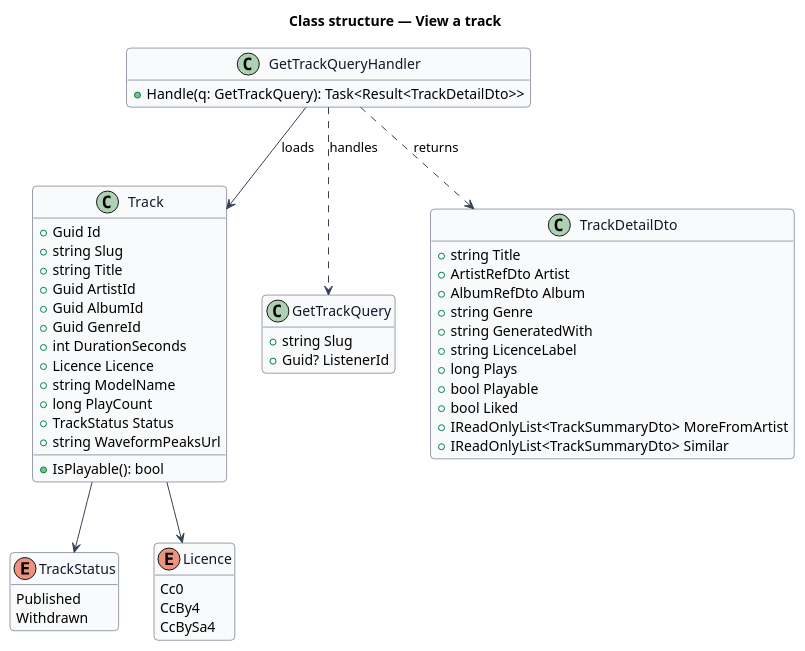
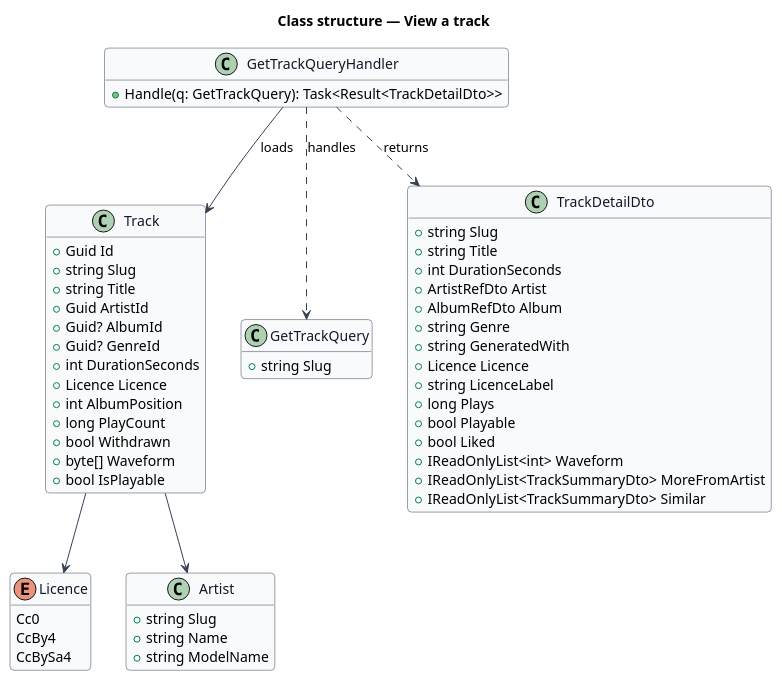
Before and after one commit to QuinntyneBrown/hummi: the diagram in docs/detailed-designs/catalogue/view-track/diagrams/class-structure.puml, drawn with PlantUML. The commit also changed 119 other files, not shown here.

First line of the commit message:
Explore catalogue pages: track, artist, album, licence and Not found

```diff
--- a/docs/detailed-designs/catalogue/view-track/diagrams/class-structure.puml
+++ b/docs/detailed-designs/catalogue/view-track/diagrams/class-structure.puml
@@ -1,65 +1,69 @@
 @startuml
 skinparam backgroundColor #FFFFFF
 skinparam shadowing false
 skinparam roundcorner 8
 skinparam defaultFontName Arial
 skinparam ArrowColor #344054
 skinparam class {
   BorderColor #344054
   FontColor #101828
   BackgroundColor #F9FAFB
 }
 hide empty members
 title Class structure — View a track
 
-enum TrackStatus {
-  Published
-  Withdrawn
-}
 enum Licence {
   Cc0
   CcBy4
   CcBySa4
 }
 class Track {
   +Guid Id
   +string Slug
   +string Title
   +Guid ArtistId
-  +Guid AlbumId
-  +Guid GenreId
+  +Guid? AlbumId
+  +Guid? GenreId
   +int DurationSeconds
   +Licence Licence
+  +int AlbumPosition
+  +long PlayCount
+  +bool Withdrawn
+  +byte[] Waveform
+  +bool IsPlayable
+}
+class Artist {
+  +string Slug
+  +string Name
   +string ModelName
-  +long PlayCount
-  +TrackStatus Status
-  +string WaveformPeaksUrl
-  +IsPlayable(): bool
 }
-Track --> TrackStatus
 Track --> Licence
+Track --> Artist
 
 class GetTrackQuery {
   +string Slug
-  +Guid? ListenerId
 }
 class GetTrackQueryHandler {
   +Handle(q: GetTrackQuery): Task<Result<TrackDetailDto>>
 }
 class TrackDetailDto {
+  +string Slug
   +string Title
+  +int DurationSeconds
   +ArtistRefDto Artist
   +AlbumRefDto Album
   +string Genre
   +string GeneratedWith
+  +Licence Licence
   +string LicenceLabel
   +long Plays
   +bool Playable
   +bool Liked
+  +IReadOnlyList<int> Waveform
   +IReadOnlyList<TrackSummaryDto> MoreFromArtist
   +IReadOnlyList<TrackSummaryDto> Similar
 }
 GetTrackQueryHandler ..> GetTrackQuery : handles
 GetTrackQueryHandler --> Track : loads
 GetTrackQueryHandler ..> TrackDetailDto : returns
 @enduml
```
